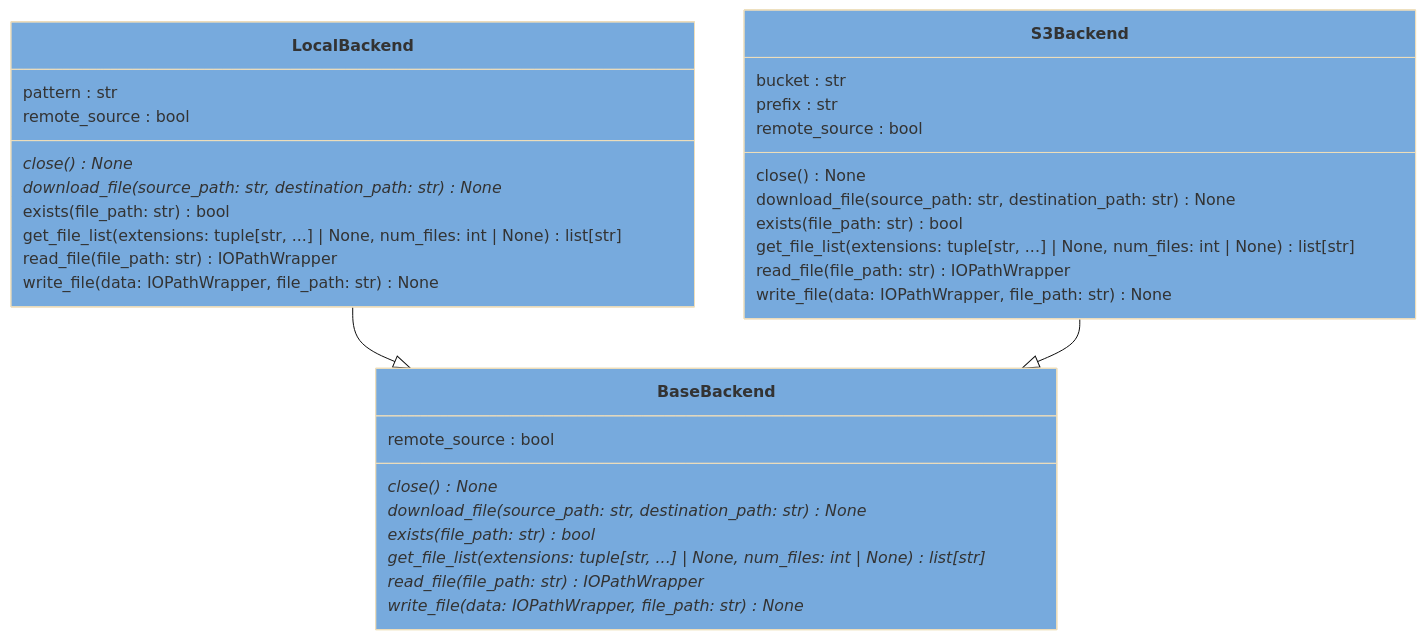
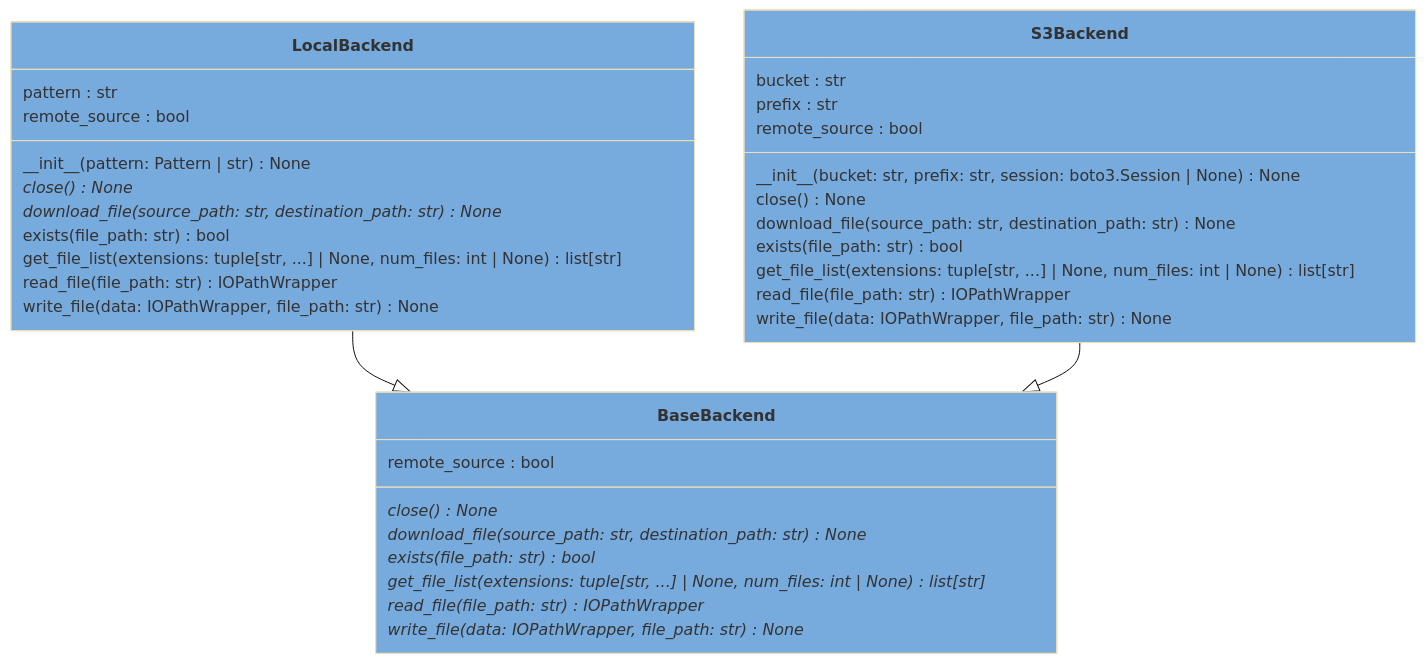
One commit to voidsy-gmbh/pyThermoNDT changed the diagram in docs/pyreverse/mermaid/classes_pythermondt.io.backends.mmd. Above: the diagram before and after it, drawn with Mermaid (base theme). The commit also changed 3 other files, not shown here.

Commit message:
Update mermaid diagrams

```diff
--- a/docs/pyreverse/mermaid/classes_pythermondt.io.backends.mmd
+++ b/docs/pyreverse/mermaid/classes_pythermondt.io.backends.mmd
@@ -1,36 +1,38 @@
 classDiagram
   class BaseBackend {
     remote_source : bool
     close()* None
     download_file(source_path: str, destination_path: str)* None
     exists(file_path: str)* bool
     get_file_list(extensions: tuple[str, ...] | None, num_files: int | None)* list[str]
     read_file(file_path: str)* IOPathWrapper
     write_file(data: IOPathWrapper, file_path: str)* None
   }
   style BaseBackend fill:#77AADD
   class LocalBackend {
     pattern : str
     remote_source : bool
+    \_\_init\_\_(pattern: Pattern | str) None
     close()* None
     download_file(source_path: str, destination_path: str)* None
     exists(file_path: str) bool
     get_file_list(extensions: tuple[str, ...] | None, num_files: int | None) list[str]
     read_file(file_path: str) IOPathWrapper
     write_file(data: IOPathWrapper, file_path: str) None
   }
   style LocalBackend fill:#77AADD
   class S3Backend {
     bucket : str
     prefix : str
     remote_source : bool
+    \_\_init\_\_(bucket: str, prefix: str, session: boto3.Session | None) None
     close() None
     download_file(source_path: str, destination_path: str) None
     exists(file_path: str) bool
     get_file_list(extensions: tuple[str, ...] | None, num_files: int | None) list[str]
     read_file(file_path: str) IOPathWrapper
     write_file(data: IOPathWrapper, file_path: str) None
   }
   style S3Backend fill:#77AADD
   LocalBackend --|> BaseBackend
   S3Backend --|> BaseBackend
```
